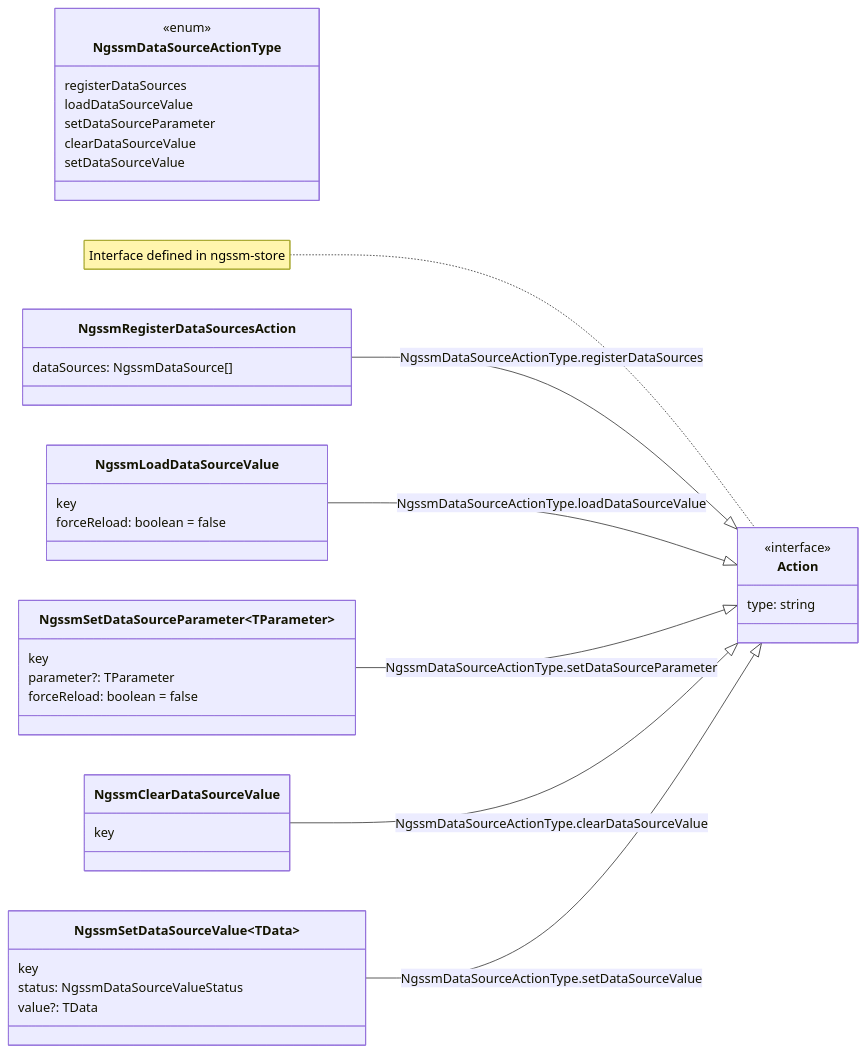
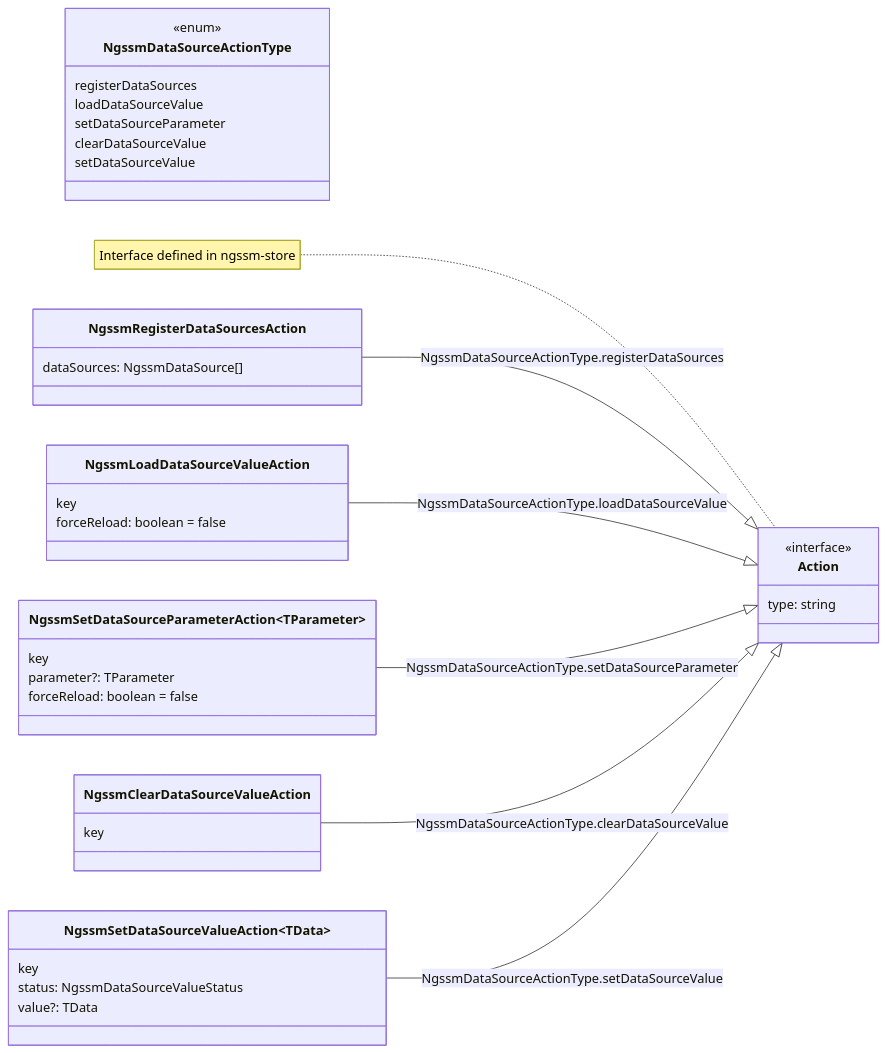
The third of 3 diagrams in docs/libraries/ngssm-data.md (LionMarc/ng-simple-state-management), drawn with Mermaid before and after one commit. The commit also changed other lines of this file, not shown here.

Commit message:
[docs] Fix actions in ngssm-data.md (#199)

````diff
--- a/docs/libraries/ngssm-data.md
+++ b/docs/libraries/ngssm-data.md
@@ -104,49 +104,49 @@
 ```mermaid
 classDiagram
     direction LR
     class NgssmDataSourceActionType{
         <<enum>>
         registerDataSources
         loadDataSourceValue
         setDataSourceParameter
         clearDataSourceValue
         setDataSourceValue
     }
 
     note for Action "Interface defined in ngssm-store"
     class Action {
         <<interface>>
         type: string
     }
 
-    class NgssmLoadDataSourceValue{
+    class NgssmLoadDataSourceValueAction{
         key
         forceReload: boolean = false
     }
 
     class NgssmRegisterDataSourcesAction{
         dataSources: NgssmDataSource[]
     }
 
-    class NgssmSetDataSourceParameter~TParameter~{
+    class NgssmSetDataSourceParameterAction~TParameter~{
         key
         parameter?: TParameter
         forceReload: boolean = false
     }
 
-    class NgssmClearDataSourceValue{
+    class NgssmClearDataSourceValueAction{
         key
     }
 
-    class NgssmSetDataSourceValue~TData~{
+    class NgssmSetDataSourceValueAction~TData~{
         key
         status: NgssmDataSourceValueStatus
         value?: TData
     }
 
     NgssmRegisterDataSourcesAction --|> Action: NgssmDataSourceActionType.registerDataSources
-    NgssmLoadDataSourceValue --|> Action: NgssmDataSourceActionType.loadDataSourceValue
-    NgssmSetDataSourceParameter --|> Action: NgssmDataSourceActionType.setDataSourceParameter
-    NgssmClearDataSourceValue --|> Action: NgssmDataSourceActionType.clearDataSourceValue
-    NgssmSetDataSourceValue --|> Action: NgssmDataSourceActionType.setDataSourceValue
+    NgssmLoadDataSourceValueAction --|> Action: NgssmDataSourceActionType.loadDataSourceValue
+    NgssmSetDataSourceParameterAction --|> Action: NgssmDataSourceActionType.setDataSourceParameter
+    NgssmClearDataSourceValueAction --|> Action: NgssmDataSourceActionType.clearDataSourceValue
+    NgssmSetDataSourceValueAction --|> Action: NgssmDataSourceActionType.setDataSourceValue
 ```
````
